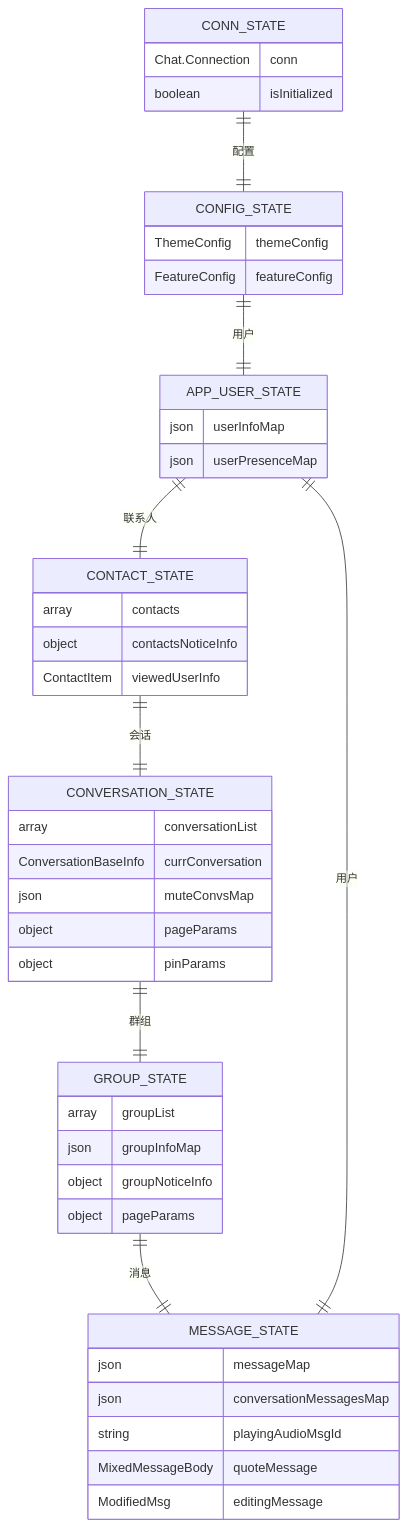
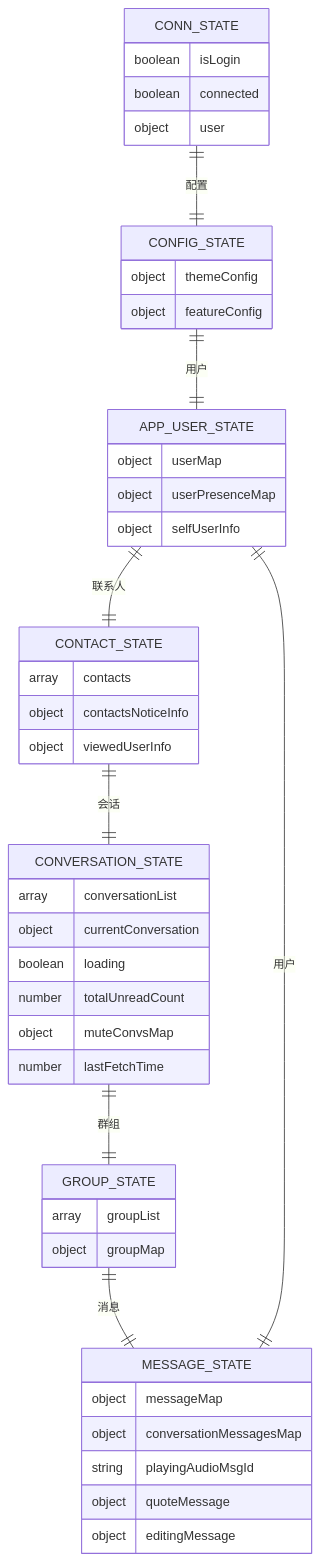
One commit to Easemob-Community/easemob-uikit-uniapp-community changed the seventh of 11 diagrams in .qoder/repowiki/zh/content/核心架构/Store状态管理系统架构/Pinia状态管理概览.md. Above: the diagram before and after it, drawn with Mermaid. The commit also changed other lines of this file and 14 other files, not shown here.

````diff
--- a/.qoder/repowiki/zh/content/核心架构/Store状态管理系统架构/Pinia状态管理概览.md
+++ b/.qoder/repowiki/zh/content/核心架构/Store状态管理系统架构/Pinia状态管理概览.md
@@ -379,47 +369,48 @@
 ```mermaid
 erDiagram
 CONN_STATE {
-Chat.Connection conn
-boolean isInitialized
+boolean isLogin
+boolean connected
+object user
 }
 CONFIG_STATE {
-ThemeConfig themeConfig
-FeatureConfig featureConfig
+object themeConfig
+object featureConfig
 }
 APP_USER_STATE {
-json userInfoMap
-json userPresenceMap
+object userMap
+object userPresenceMap
+object selfUserInfo
 }
 CONTACT_STATE {
 array contacts
 object contactsNoticeInfo
-ContactItem viewedUserInfo
+object viewedUserInfo
 }
 CONVERSATION_STATE {
 array conversationList
-ConversationBaseInfo currConversation
-json muteConvsMap
-object pageParams
-object pinParams
+object currentConversation
+boolean loading
+number totalUnreadCount
+object muteConvsMap
+number lastFetchTime
 }
 GROUP_STATE {
 array groupList
-json groupInfoMap
-object groupNoticeInfo
-object pageParams
+object groupMap
 }
 MESSAGE_STATE {
-json messageMap
-json conversationMessagesMap
+object messageMap
+object conversationMessagesMap
 string playingAudioMsgId
-MixedMessageBody quoteMessage
-ModifiedMsg editingMessage
+object quoteMessage
+object editingMessage
 }
 CONN_STATE ||--|| CONFIG_STATE : "配置"
 CONFIG_STATE ||--|| APP_USER_STATE : "用户"
 APP_USER_STATE ||--|| CONTACT_STATE : "联系人"
 CONTACT_STATE ||--|| CONVERSATION_STATE : "会话"
 CONVERSATION_STATE ||--|| GROUP_STATE : "群组"
 GROUP_STATE ||--|| MESSAGE_STATE : "消息"
 MESSAGE_STATE ||--|| APP_USER_STATE : "用户"
 ```
````
